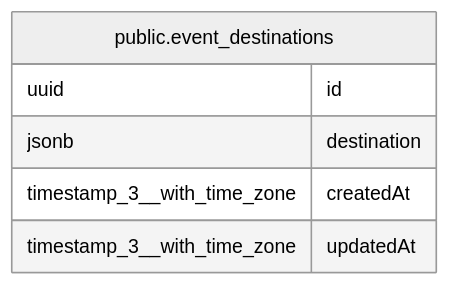
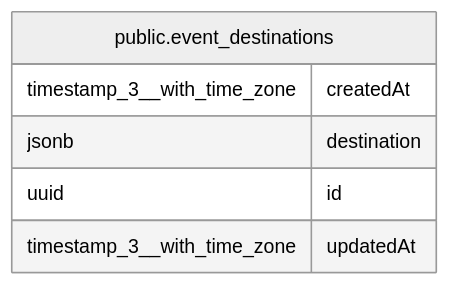
One commit to mayankjain1815-commits/n8n changed the diagram in docs/generated/postgres-schema/public.event_destinations.md. Above: the diagram before and after it, drawn with Mermaid (neutral theme). The commit also changed other lines of this file and 221 other files, not shown here.

Commit message:
chore(core): Make DB schema docs generation deterministic (#32373)

````diff
--- a/docs/generated/postgres-schema/public.event_destinations.md
+++ b/docs/generated/postgres-schema/public.event_destinations.md
@@ -30,11 +30,11 @@
 ```mermaid
 erDiagram
 
 
 "public.event_destinations" {
+  timestamp_3__with_time_zone createdAt
+  jsonb destination
   uuid id
-  jsonb destination
-  timestamp_3__with_time_zone createdAt
   timestamp_3__with_time_zone updatedAt
 }
 ```
````
